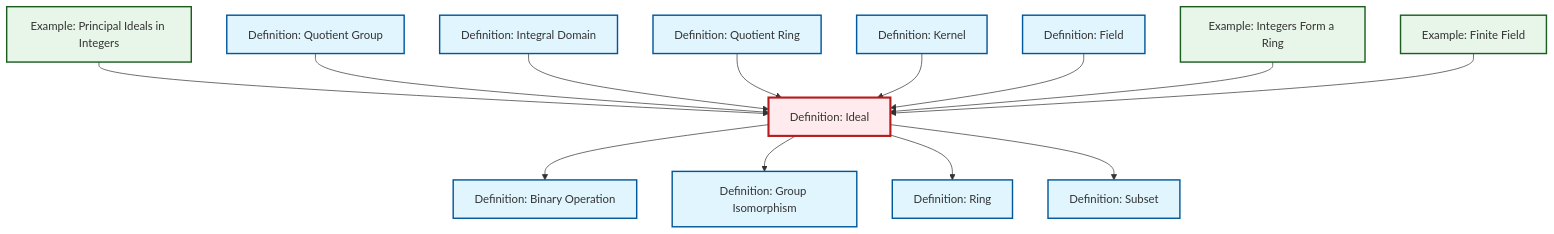
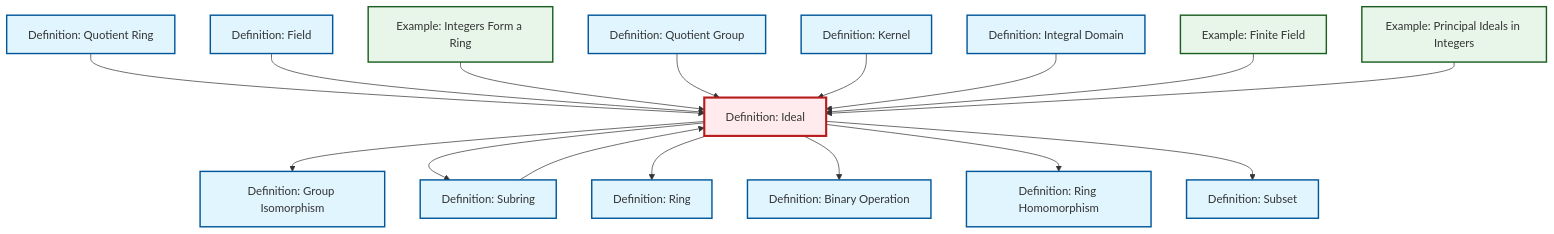
The diagram in content/en/algebra/def-ideal.qmd (RK0429/ModernMath), drawn with Mermaid before and after one commit. The commit also changed other lines of this file and 619 other files, not shown here.

````diff
--- a/content/en/algebra/def-ideal.qmd
+++ b/content/en/algebra/def-ideal.qmd
@@ -82,47 +83,54 @@
 ```{mermaid}
 %%| fig-cap: "Local dependency graph"
 graph TD
     classDef definition fill:#e1f5fe,stroke:#01579b,stroke-width:2px
     classDef theorem fill:#f3e5f5,stroke:#4a148c,stroke-width:2px
     classDef axiom fill:#fff3e0,stroke:#e65100,stroke-width:2px
     classDef example fill:#e8f5e9,stroke:#1b5e20,stroke-width:2px
     classDef current fill:#ffebee,stroke:#b71c1c,stroke-width:3px
-    def-subset["Definition: Subset"]:::definition
+    def-binary-operation["Definition: Binary Operation"]:::definition
+    def-integral-domain["Definition: Integral Domain"]:::definition
     ex-finite-field["Example: Finite Field"]:::example
-    def-integral-domain["Definition: Integral Domain"]:::definition
+    def-ring-homomorphism["Definition: Ring Homomorphism"]:::definition
+    def-kernel["Definition: Kernel"]:::definition
     def-ideal["Definition: Ideal"]:::definition
+    ex-integers-ring["Example: Integers Form a Ring"]:::example
+    def-quotient-group["Definition: Quotient Group"]:::definition
     def-isomorphism["Definition: Group Isomorphism"]:::definition
+    def-subring["Definition: Subring"]:::definition
     ex-principal-ideal["Example: Principal Ideals in Integers"]:::example
     def-quotient-ring["Definition: Quotient Ring"]:::definition
+    def-subset["Definition: Subset"]:::definition
+    def-field["Definition: Field"]:::definition
     def-ring["Definition: Ring"]:::definition
-    def-kernel["Definition: Kernel"]:::definition
-    def-field["Definition: Field"]:::definition
-    def-quotient-group["Definition: Quotient Group"]:::definition
-    ex-integers-ring["Example: Integers Form a Ring"]:::example
-    def-binary-operation["Definition: Binary Operation"]:::definition
-    ex-principal-ideal --> def-ideal
+    def-ideal --> def-isomorphism
+    def-quotient-ring --> def-ideal
+    def-field --> def-ideal
+    def-ideal --> def-subring
+    ex-integers-ring --> def-ideal
+    def-subring --> def-ideal
+    def-ideal --> def-ring
     def-quotient-group --> def-ideal
     def-ideal --> def-binary-operation
-    def-ideal --> def-isomorphism
+    def-kernel --> def-ideal
     def-integral-domain --> def-ideal
-    def-quotient-ring --> def-ideal
-    def-kernel --> def-ideal
-    def-ideal --> def-ring
-    def-field --> def-ideal
-    ex-integers-ring --> def-ideal
     ex-finite-field --> def-ideal
+    def-ideal --> def-ring-homomorphism
     def-ideal --> def-subset
+    ex-principal-ideal --> def-ideal
     class def-ideal current
-    click def-subset "def-subset.html" "Go to Subset definition"
+    click def-binary-operation "def-binary-operation.html" "Go to Binary Operation definition"
+    click def-integral-domain "def-integral-domain.html" "Go to Integral Domain definition"
     click ex-finite-field "ex-finite-field.html" "Go to Finite Field example"
-    click def-integral-domain "def-integral-domain.html" "Go to Integral Domain definition"
+    click def-ring-homomorphism "def-ring-homomorphism.html" "Go to Ring Homomorphism definition"
+    click def-kernel "def-kernel.html" "Go to Kernel definition"
+    click ex-integers-ring "ex-integers-ring.html" "Go to Integers Form a Ring example"
+    click def-quotient-group "def-quotient-group.html" "Go to Quotient Group definition"
     click def-isomorphism "def-isomorphism.html" "Go to Group Isomorphism definition"
+    click def-subring "def-subring.html" "Go to Subring definition"
     click ex-principal-ideal "ex-principal-ideal.html" "Go to Principal Ideals in Integers example"
     click def-quotient-ring "def-quotient-ring.html" "Go to Quotient Ring definition"
+    click def-subset "def-subset.html" "Go to Subset definition"
+    click def-field "def-field.html" "Go to Field definition"
     click def-ring "def-ring.html" "Go to Ring definition"
-    click def-kernel "def-kernel.html" "Go to Kernel definition"
-    click def-field "def-field.html" "Go to Field definition"
-    click def-quotient-group "def-quotient-group.html" "Go to Quotient Group definition"
-    click ex-integers-ring "ex-integers-ring.html" "Go to Integers Form a Ring example"
-    click def-binary-operation "def-binary-operation.html" "Go to Binary Operation definition"
 ```
````
